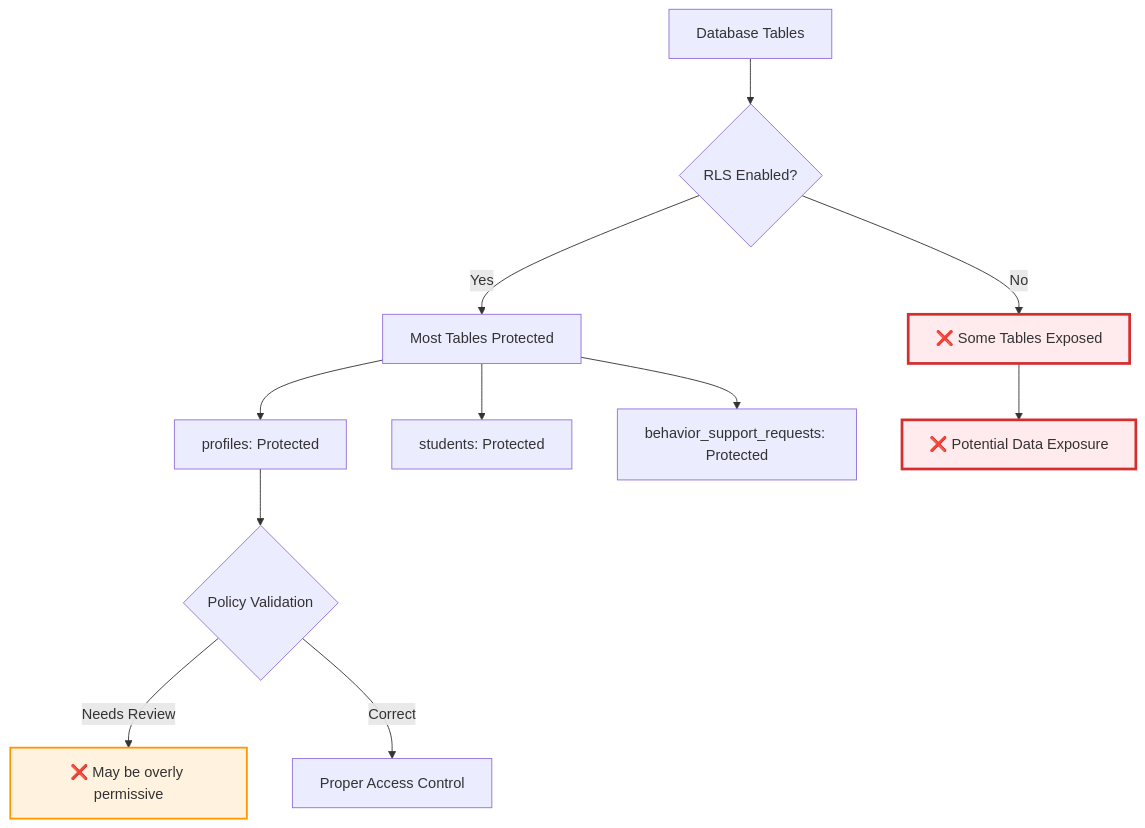
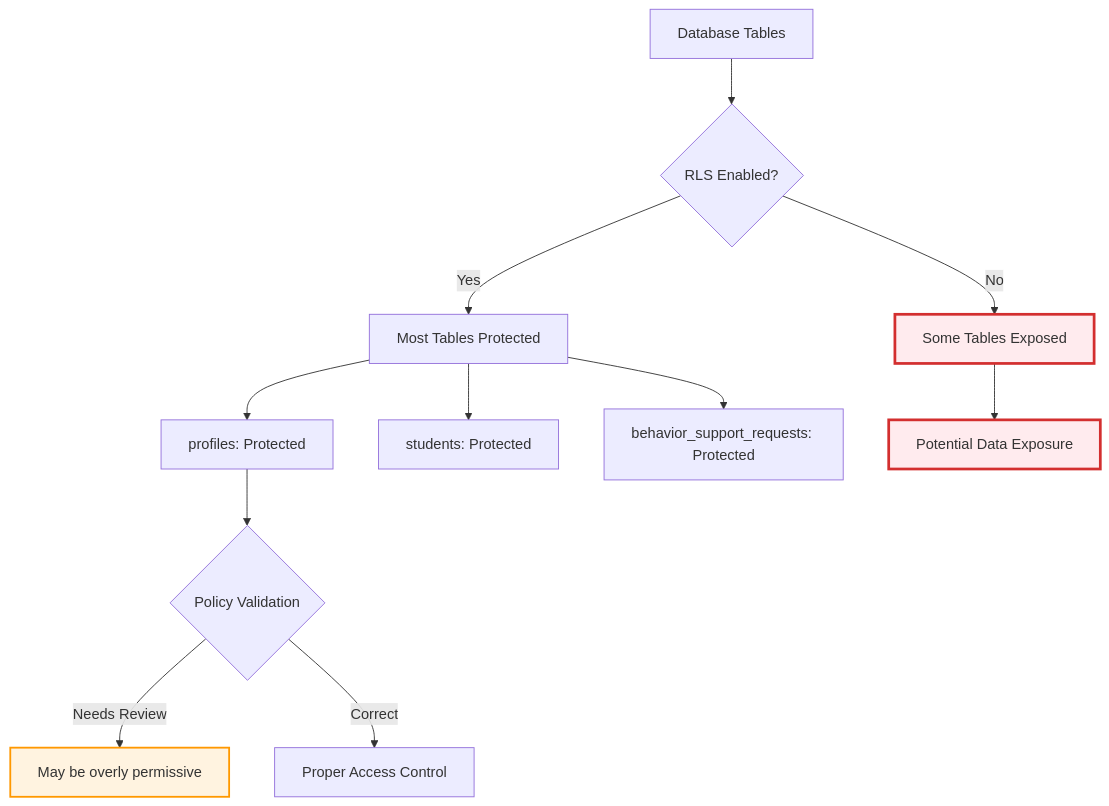
The fourth of 4 diagrams in Docs/Flowcharts/Current-State/03-current-database-schema.md (Splurfa/bx-os), drawn with Mermaid before and after one commit. The commit also changed other lines of this file and 12 other files, not shown here.

First line of the commit message:
Fix flowchart syntax and numbering

````diff
--- a/Docs/Flowcharts/Current-State/03-current-database-schema.md
+++ b/Docs/Flowcharts/Current-State/03-current-database-schema.md
@@ -137,20 +137,20 @@
 ```mermaid
 flowchart TD
     A[Database Tables] --> B{RLS Enabled?}
     B -->|Yes| C[Most Tables Protected]
-    B -->|No| D[❌ Some Tables Exposed]
+    B -->|No| D[Some Tables Exposed]
     
     C --> E[profiles: Protected]
     C --> F[students: Protected]
     C --> G[behavior_support_requests: Protected]
     
-    D --> H[❌ Potential Data Exposure]
+    D --> H[Potential Data Exposure]
     
     E --> I{Policy Validation}
-    I -->|Needs Review| J[❌ May be overly permissive]
+    I -->|Needs Review| J[May be overly permissive]
     I -->|Correct| K[Proper Access Control]
     
     style D fill:#ffebee,stroke:#d32f2f,stroke-width:3px
     style H fill:#ffebee,stroke:#d32f2f,stroke-width:3px
     style J fill:#fff3e0,stroke:#ff9800,stroke-width:2px
 ```
````
